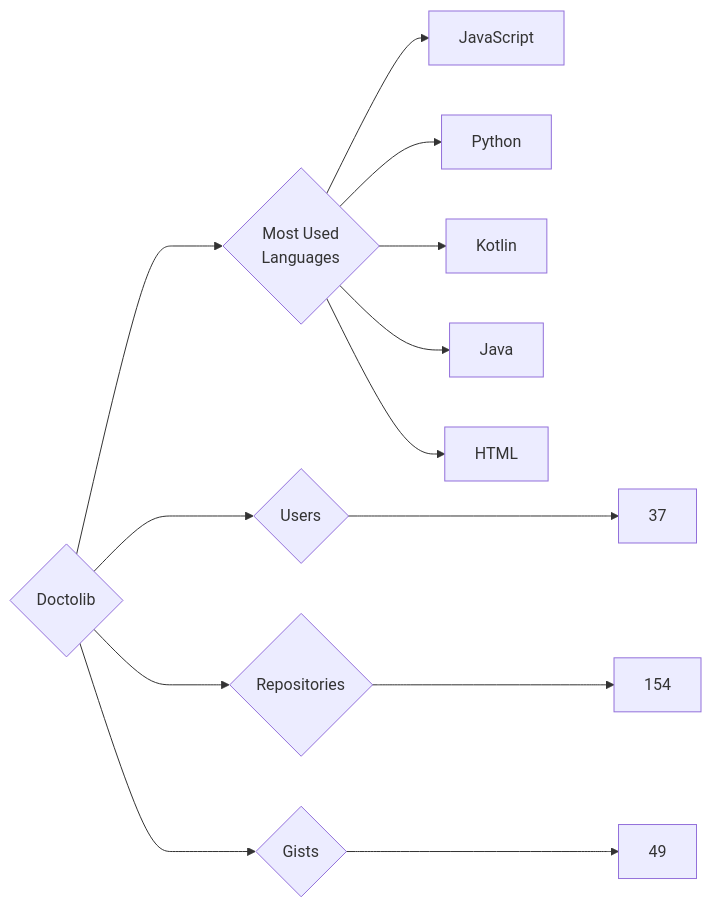
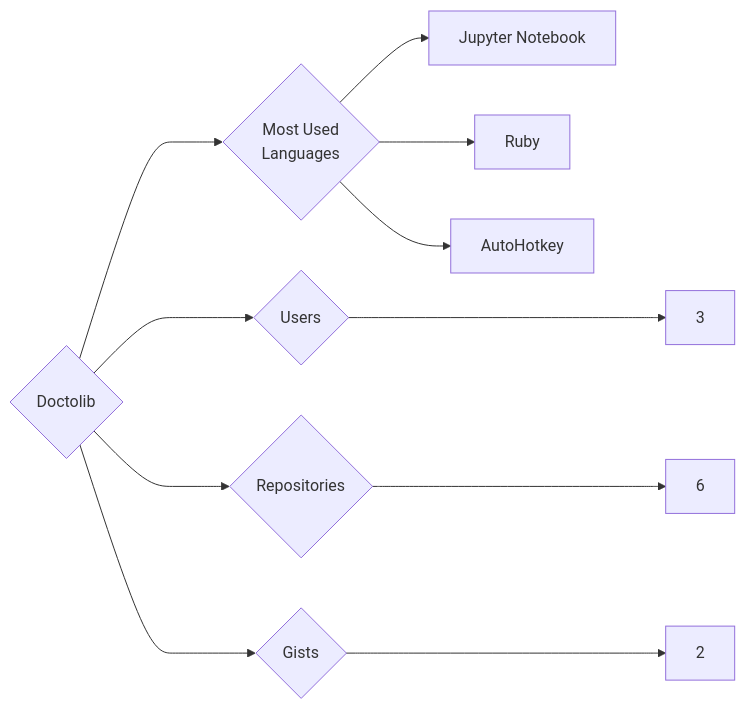
Before and after one commit to trickest/insiders: the diagram in targets/Doctolib/README.md, drawn with Mermaid. The commit also changed 1055 other files, not shown here.

````diff
--- a/targets/Doctolib/README.md
+++ b/targets/Doctolib/README.md
@@ -3,13 +3,11 @@
 ```mermaid
 graph LR
 COMPANY_NAME{Doctolib}
-COMPANY_NAME ---> U{Users} ---> UN[37]
-COMPANY_NAME ---> R{Repositories} ---> RN[154]
-COMPANY_NAME ---> G{Gists} ---> GN[49]
+COMPANY_NAME ---> U{Users} ---> UN[3]
+COMPANY_NAME ---> R{Repositories} ---> RN[6]
+COMPANY_NAME ---> G{Gists} ---> GN[2]
 COMPANY_NAME ---> ML{Most Used<br>Languages}
-ML --> JavaScript[JavaScript]
-ML --> Python[Python]
-ML --> Kotlin[Kotlin]
-ML --> Java[Java]
-ML --> HTML[HTML]
+ML --> Jupyter_Notebook[Jupyter Notebook]
+ML --> Ruby[Ruby]
+ML --> AutoHotkey[AutoHotkey]
 ```
````
